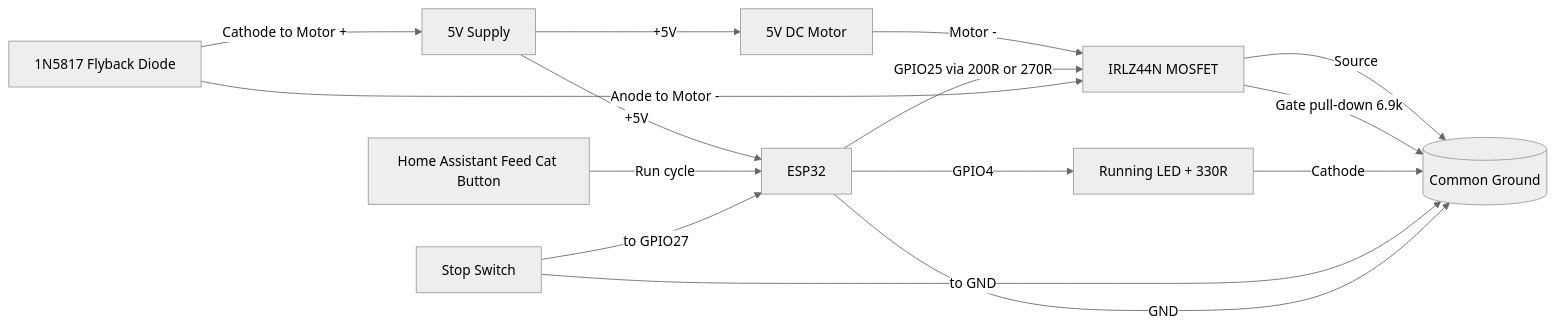
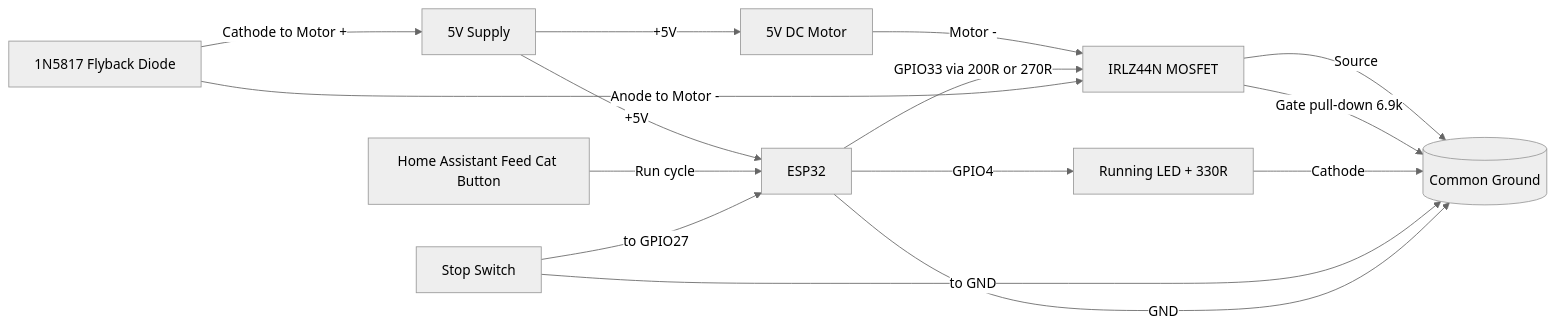
The diagram in esphome/cat-feeder.md (ErikApption/nrf24stuff), drawn with Mermaid (neutral theme) before and after one commit. The commit also changed other lines of this file and 1 other file, not shown here.

````diff
--- a/esphome/cat-feeder.md
+++ b/esphome/cat-feeder.md
@@ -171,29 +171,29 @@
 ```mermaid
 flowchart LR
 		PSU[5V Supply]
 		M[5V DC Motor]
 		D[1N5817 Flyback Diode]
 		Q[IRLZ44N MOSFET]
 		ESP[ESP32]
 		HA[Home Assistant Feed Cat Button]
 		SW[Stop Switch]
 		LED[Running LED + 330R]
 		GND[(Common Ground)]
 
 		PSU -->|+5V| M
 		PSU -->|+5V| ESP
 		M -->|Motor -| Q
 		Q -->|Source| GND
-		ESP -->|GPIO25 via 200R or 270R| Q
+		ESP -->|GPIO33 via 200R or 270R| Q
 		Q -->|Gate pull-down 6.9k| GND
 		ESP -->|GPIO4| LED
 		LED -->|Cathode| GND
 
 		HA -->|Run cycle| ESP
 		SW -->|to GPIO27| ESP
 		SW -->|to GND| GND
 		ESP -->|GND| GND
 
 		D -->|Cathode to Motor +| PSU
 		D -->|Anode to Motor -| Q
 ```
````
